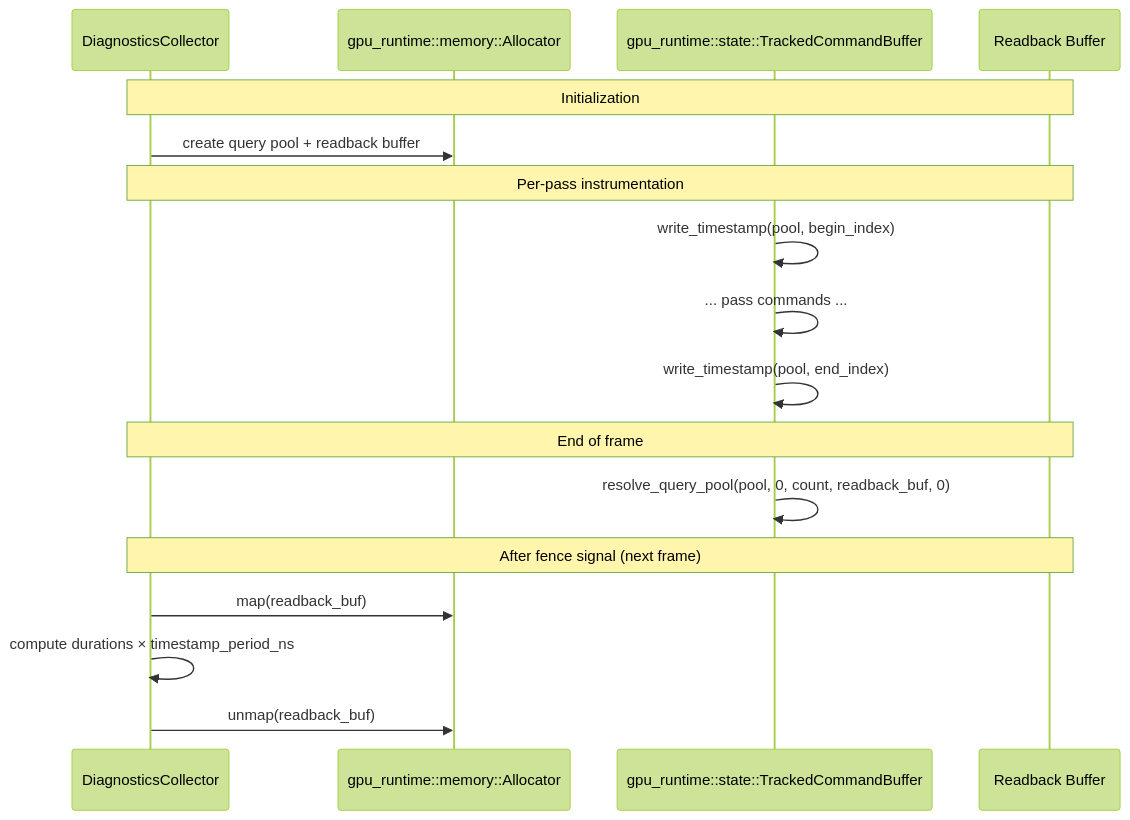
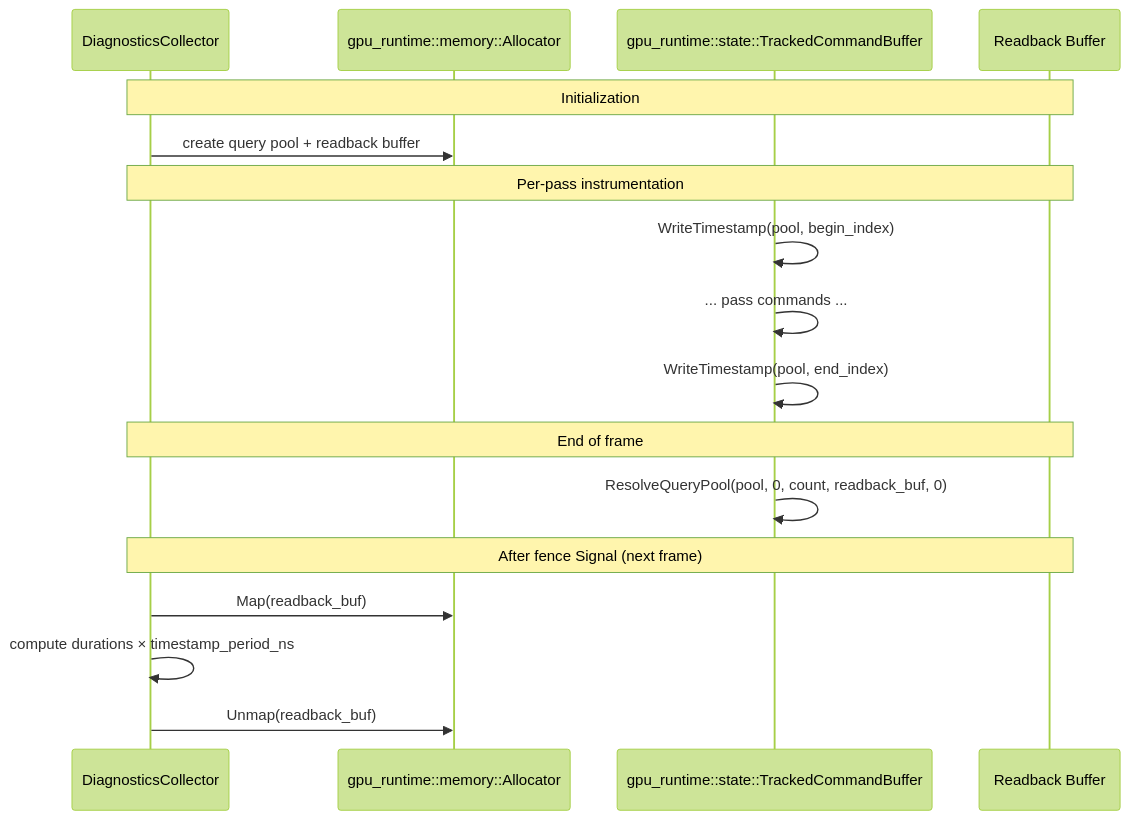
One commit to harmonius-dev/harmonius changed the tenth of 10 diagrams in docs/design/render-graph-design.md. Above: the diagram before and after it, drawn with Mermaid (forest theme). The commit also changed other lines of this file and 67 other files, not shown here.

````diff
--- a/docs/design/render-graph-design.md
+++ b/docs/design/render-graph-design.md
@@ -1822,23 +1788,23 @@
 ```mermaid
 sequenceDiagram
     participant Diag as DiagnosticsCollector
     participant Alloc as gpu_runtime::memory::Allocator
     participant TCB as gpu_runtime::state::TrackedCommandBuffer
     participant Buf as Readback Buffer
 
     Note over Diag,Buf: Initialization
     Diag->>Alloc: create query pool + readback buffer
 
     Note over Diag,Buf: Per-pass instrumentation
-    TCB->>TCB: write_timestamp(pool, begin_index)
+    TCB->>TCB: WriteTimestamp(pool, begin_index)
     TCB->>TCB: ... pass commands ...
-    TCB->>TCB: write_timestamp(pool, end_index)
+    TCB->>TCB: WriteTimestamp(pool, end_index)
 
     Note over Diag,Buf: End of frame
-    TCB->>TCB: resolve_query_pool(pool, 0, count, readback_buf, 0)
+    TCB->>TCB: ResolveQueryPool(pool, 0, count, readback_buf, 0)
 
-    Note over Diag,Buf: After fence signal (next frame)
-    Diag->>Alloc: map(readback_buf)
+    Note over Diag,Buf: After fence Signal (next frame)
+    Diag->>Alloc: Map(readback_buf)
     Diag->>Diag: compute durations × timestamp_period_ns
-    Diag->>Alloc: unmap(readback_buf)
+    Diag->>Alloc: Unmap(readback_buf)
 ```
````
